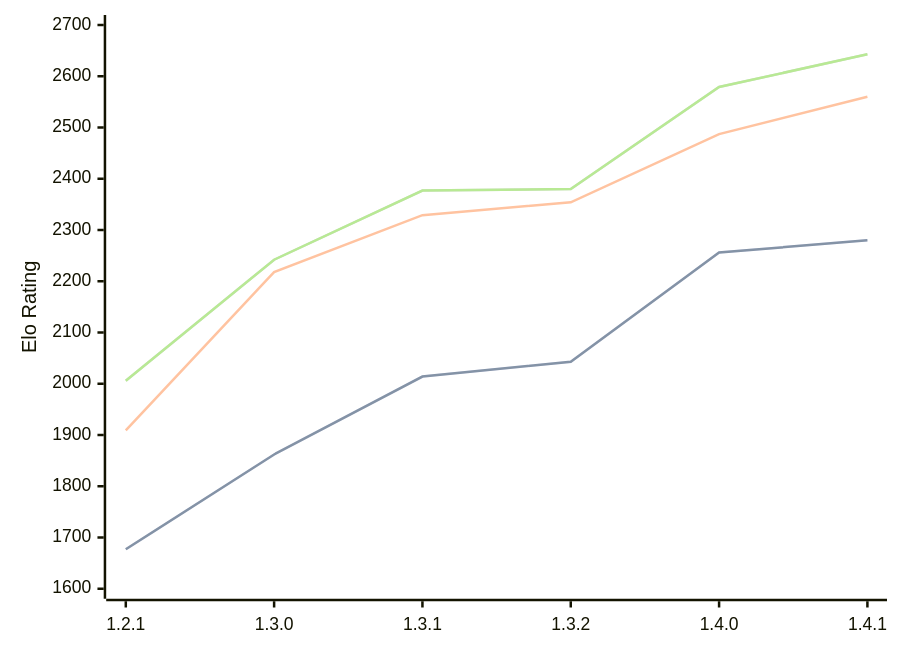
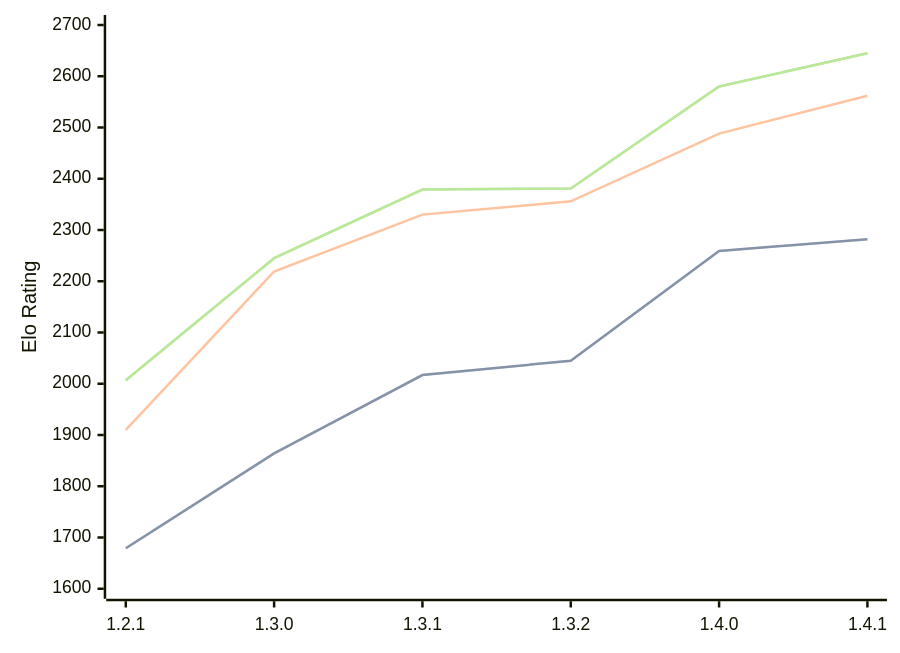
One commit to computer-chess-index/cci changed the diagram in engines/Chal.md. Above: the diagram before and after it, drawn with Mermaid. The commit also changed other lines of this file, not shown here.

Commit message:
Update CCI Ratings (ELO VLTC) - 2026-08-22

````diff
--- a/engines/Chal.md
+++ b/engines/Chal.md
@@ -36,11 +36,11 @@
 ```mermaid
 %%{init: {"theme":"base","themeVariables":{"seriesColors:['#a3a3a3','#222221','#faa371']}}}%%
 xychart-beta
   x-axis ["1.2.1", "1.3.0", "1.3.1", "1.3.2", "1.4.0", "1.4.1"]
   y-axis "Elo Rating" 1600 --> 2700
-  line "STC (8.0+0.08s)" [1677, 1862, 2014, 2043, 2256, 2280]
-  line "STC (8.0+0.08s)" [1677, 1862, 2014, 2043, 2256, 2280]
-  line "LTC (60.0+0.60s)" [1909, 2218, 2329, 2354, 2487, 2560]
-  line "VLTC (2m24s+1.12s)" [2006, 2242, 2377, 2380, 2579, 2643]
-  line "VLTC (2m24s+1.12s)" [2006, 2242, 2377, 2380, 2579, 2643]
+  line "STC (8.0+0.08s)" [1679, 1864, 2017, 2045, 2259, 2282]
+  line "STC (8.0+0.08s)" [1679, 1864, 2017, 2045, 2259, 2282]
+  line "LTC (60.0+0.60s)" [1910, 2219, 2330, 2356, 2488, 2562]
+  line "VLTC (2m24s+1.12s)" [2007, 2245, 2379, 2381, 2580, 2645]
+  line "VLTC (2m24s+1.12s)" [2007, 2245, 2379, 2381, 2580, 2645]
 ```
````
